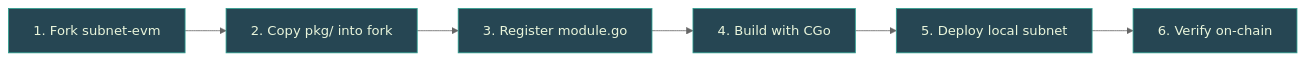
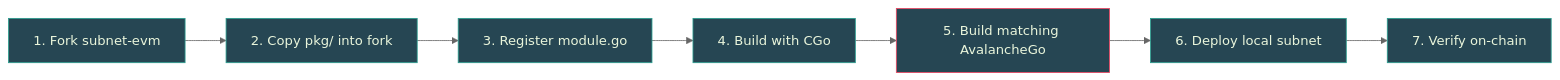
The fourth of 5 diagrams in README.md (SAHU-01/pq-beam-verify-precompile), drawn with Mermaid (neutral theme) before and after one commit. The commit also changed other lines of this file and 7 other files, not shown here.

Commit message:
fix: resolve AvalancheGo/Subnet-EVM version mismatch causing bootstrap failure

````diff
--- a/README.md
+++ b/README.md
@@ -254,15 +270,17 @@
 ```mermaid
 graph LR
     A["1. Fork subnet-evm"] --> B["2. Copy pkg/ into fork"]
     B --> C["3. Register module.go"]
     C --> D["4. Build with CGo"]
-    D --> E["5. Deploy local subnet"]
-    E --> F["6. Verify on-chain"]
+    D --> E["5. Build matching AvalancheGo"]
+    E --> F["6. Deploy local subnet"]
+    F --> G["7. Verify on-chain"]
 
     style A fill:#264653,stroke:#2a9d8f,color:#e9f5db
     style B fill:#264653,stroke:#2a9d8f,color:#e9f5db
     style C fill:#264653,stroke:#2a9d8f,color:#e9f5db
     style D fill:#264653,stroke:#2a9d8f,color:#e9f5db
-    style E fill:#264653,stroke:#2a9d8f,color:#e9f5db
+    style E fill:#264653,stroke:#e94560,color:#e9f5db
     style F fill:#264653,stroke:#2a9d8f,color:#e9f5db
+    style G fill:#264653,stroke:#2a9d8f,color:#e9f5db
 ```
````
